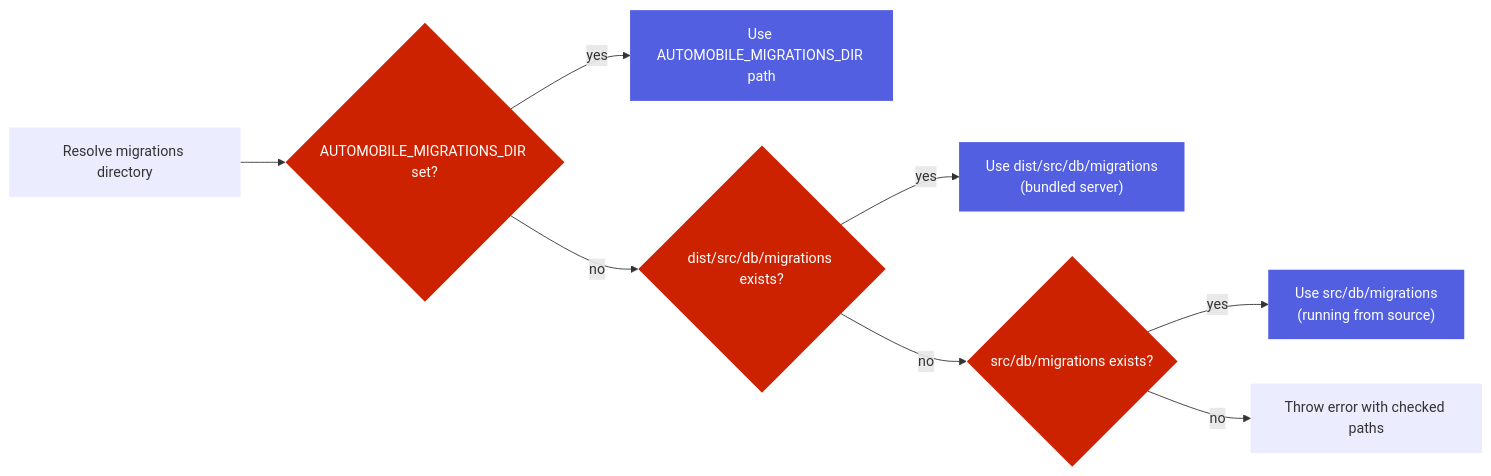
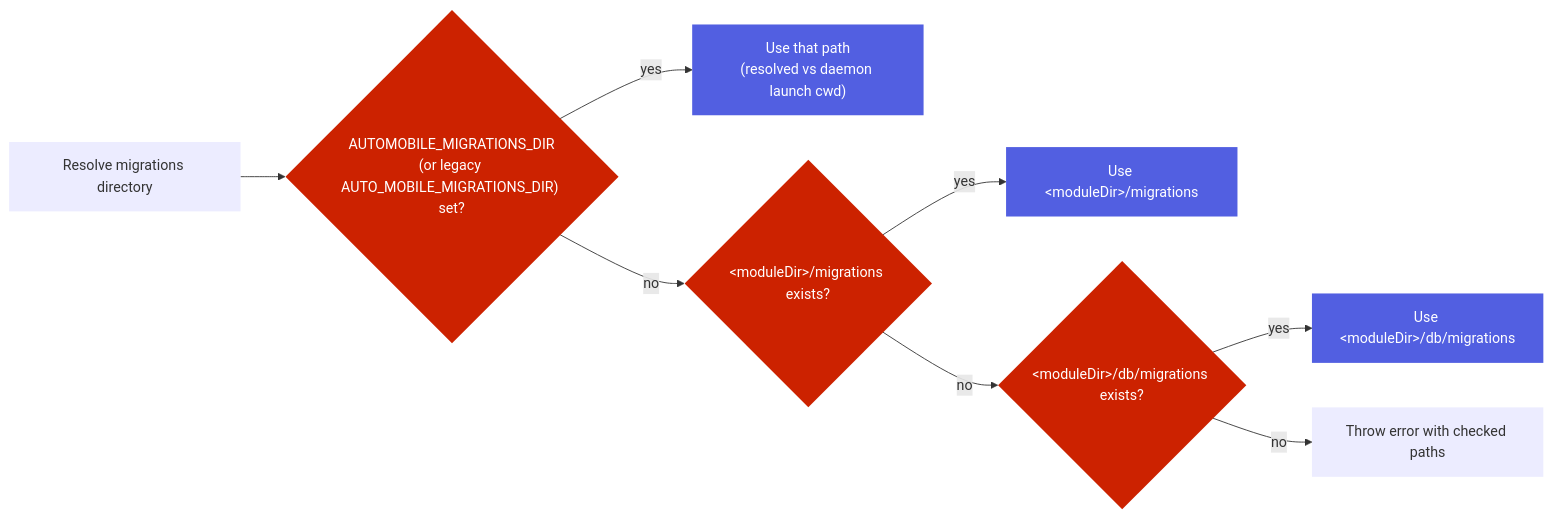
One commit to kaeawc/auto-mobile changed the second of 2 diagrams in docs/design-docs/mcp/storage/migrations.md. Above: the diagram before and after it, drawn with Mermaid. The commit also changed other lines of this file, not shown here.

Commit message:
docs(migrations): correct the resolution-order diagram (#3579)
The 'Resolution rules' mermaid showed literal 'dist/src/db/migrations' then
'src/db/migrations' existence checks. Actual resolveMigrationFolder resolves
module-relative candidates (<moduleDir>/migrations, then <moduleDir>/db/migrations)
and its env override accepts both AUTOMOBILE_MIGRATIONS_DIR and the deprecated
AUTO_MOBILE_MIGRATIONS_DIR alias. Redrew the diagram and added a note that the
bundled dist/src/index.js resolves via <moduleDir>/db/migrations.

Deferred follow-up (keeps #3579 open): tests for the recovery-disabled and
no-backup-refusal branches, the legacy env alias, and the dist copy step
(file-backed DB harness work).

Verified against src/db/migrator.ts:48-65.

````diff
--- a/docs/design-docs/mcp/storage/migrations.md
+++ b/docs/design-docs/mcp/storage/migrations.md
@@ -128,16 +128,16 @@
 ```mermaid
 flowchart LR
-    A["Resolve migrations directory"] --> B{"AUTOMOBILE_MIGRATIONS_DIR set?"};
-    B -->|"yes"| C["Use AUTOMOBILE_MIGRATIONS_DIR path"];
-    B -->|"no"| D{"dist/src/db/migrations exists?"};
-    D -->|"yes"| E["Use dist/src/db/migrations<br/>(bundled server)"];
-    D -->|"no"| F{"src/db/migrations exists?"};
-    F -->|"yes"| G["Use src/db/migrations<br/>(running from source)"];
+    A["Resolve migrations directory"] --> B{"AUTOMOBILE_MIGRATIONS_DIR<br/>(or legacy AUTO_MOBILE_MIGRATIONS_DIR) set?"};
+    B -->|"yes"| C["Use that path<br/>(resolved vs daemon launch cwd)"];
+    B -->|"no"| D{"&lt;moduleDir&gt;/migrations exists?"};
+    D -->|"yes"| E["Use &lt;moduleDir&gt;/migrations"];
+    D -->|"no"| F{"&lt;moduleDir&gt;/db/migrations exists?"};
+    F -->|"yes"| G["Use &lt;moduleDir&gt;/db/migrations"];
     F -->|"no"| H["Throw error with checked paths"];
     classDef decision fill:#CC2200,stroke-width:0px,color:white;
     classDef logic fill:#525FE1,stroke-width:0px,color:white;
     classDef result stroke-width:0px;
     class A,H result;
     class B,D,F decision;
     class C,E,G logic;
 ```
````
